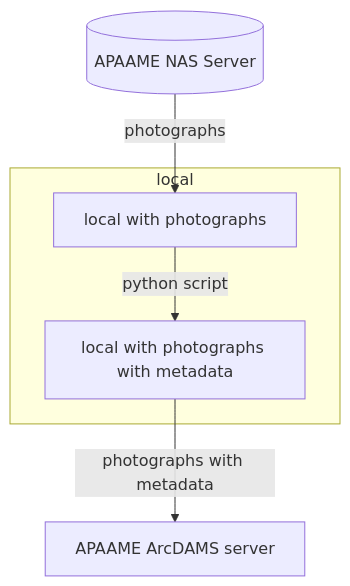
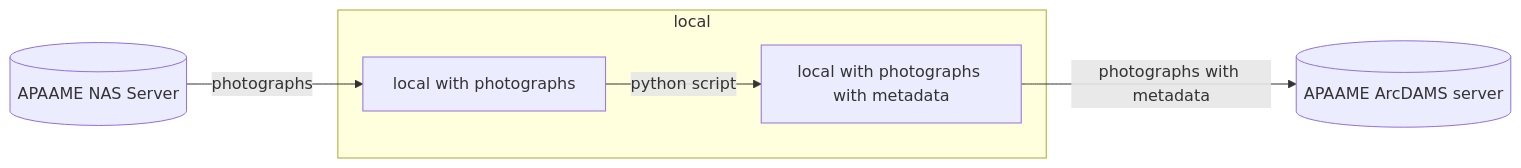
The diagram in projects/apaame-photos/README.md (eamena-project/eamena-arches-dev), drawn with Mermaid before and after one commit. The commit also changed other lines of this file, not shown here.

Commit message:
mermaid diag

````diff
--- a/projects/apaame-photos/README.md
+++ b/projects/apaame-photos/README.md
@@ -7,8 +7,8 @@
 ```mermaid
-flowchart TD
+flowchart LR
     A[(APAAME NAS Server)] --photographs--> B[local with photographs];
     subgraph local
     B --python script--> C[local with photographs with metadata];
     end
-    C --photographs with metadata--> D[APAAME ArcDAMS server]; 
+    C --photographs with metadata--> D[(APAAME ArcDAMS server)]; 
 ```
````
